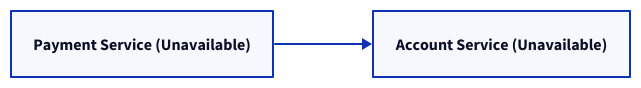
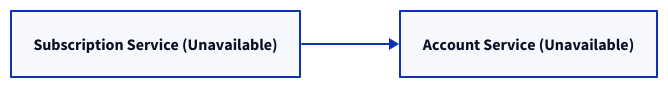
The sixth of 16 diagrams in content/docs/web-service/service-cluster.md (link1905/system-design-101), drawn with D2 before and after one commit. The commit also changed other lines of this file and 10 other files, not shown here.

````diff
--- a/content/docs/web-service/service-cluster.md
+++ b/content/docs/web-service/service-cluster.md
@@ -196,12 +214,12 @@
 ```d2
 direction: right
-a: Payment Service (Unavailable) {
+a: Subscription Service (Unavailable) {
    class: server
 }
 b: Account Service (Unavailable) {
    class: generic-error
 }
 a -> b {
     class: error-conn
 }
 ```
````
